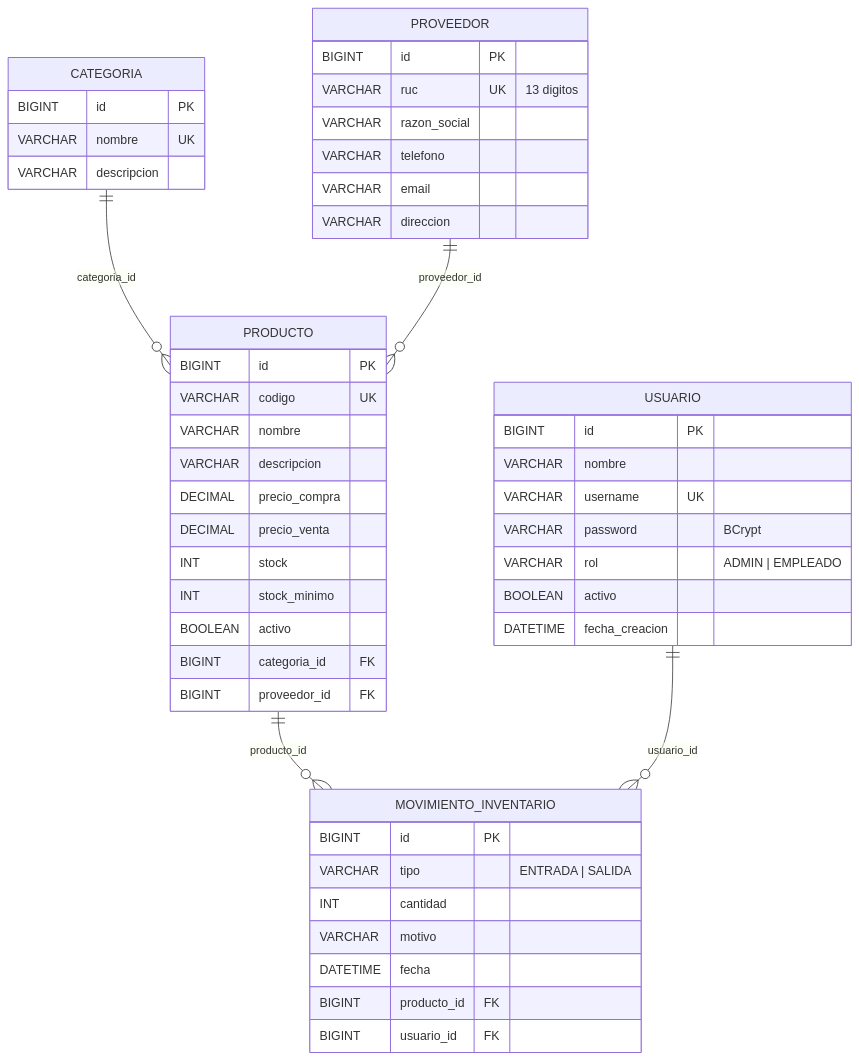
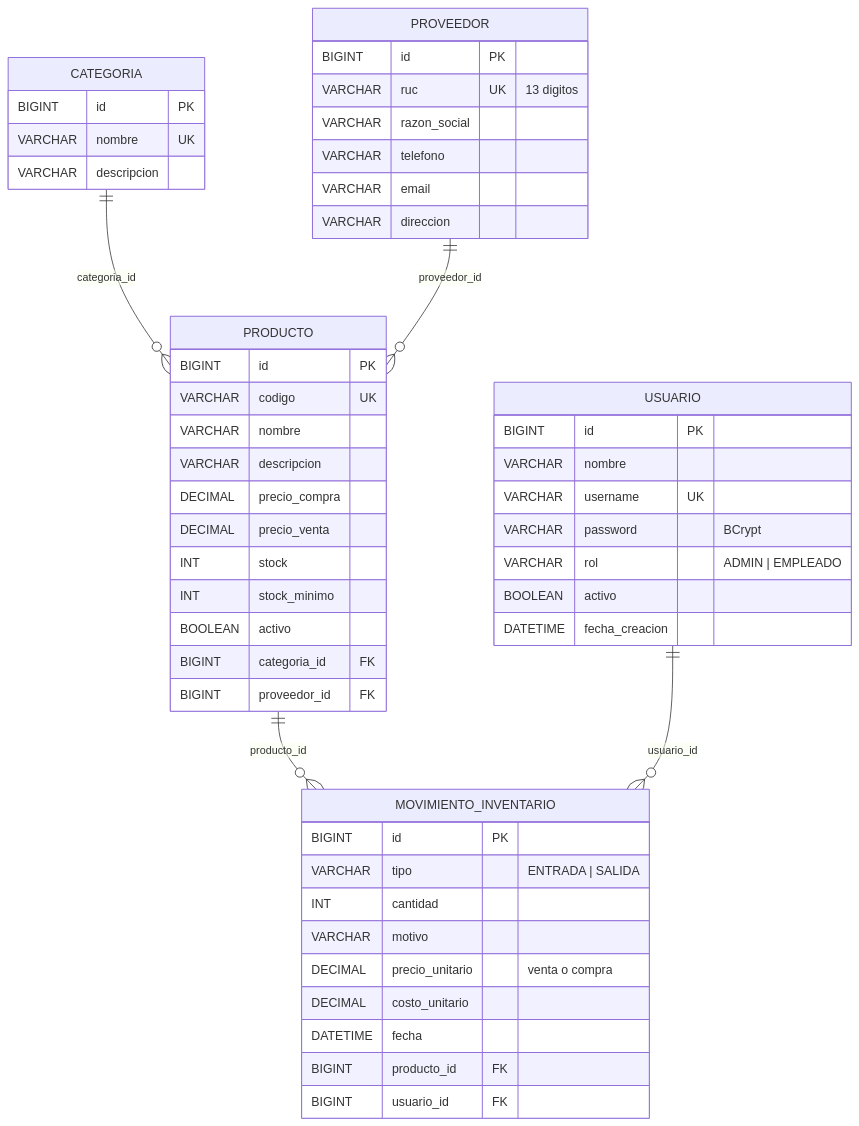
One commit to LFPINOSC/examenInterciclo changed the second of 2 diagrams in README.md. Above: the diagram before and after it, drawn with Mermaid. The commit also changed other lines of this file and 68 other files, not shown here.

````diff
--- a/README.md
+++ b/README.md
@@ -82,51 +85,53 @@
 ```mermaid
 erDiagram
     USUARIO {
         BIGINT id PK
         VARCHAR nombre
         VARCHAR username UK
         VARCHAR password "BCrypt"
         VARCHAR rol "ADMIN | EMPLEADO"
         BOOLEAN activo
         DATETIME fecha_creacion
     }
     CATEGORIA {
         BIGINT id PK
         VARCHAR nombre UK
         VARCHAR descripcion
     }
     PROVEEDOR {
         BIGINT id PK
         VARCHAR ruc UK "13 digitos"
         VARCHAR razon_social
         VARCHAR telefono
         VARCHAR email
         VARCHAR direccion
     }
     PRODUCTO {
         BIGINT id PK
         VARCHAR codigo UK
         VARCHAR nombre
         VARCHAR descripcion
         DECIMAL precio_compra
         DECIMAL precio_venta
         INT stock
         INT stock_minimo
         BOOLEAN activo
         BIGINT categoria_id FK
         BIGINT proveedor_id FK
     }
     MOVIMIENTO_INVENTARIO {
         BIGINT id PK
         VARCHAR tipo "ENTRADA | SALIDA"
         INT cantidad
         VARCHAR motivo
+        DECIMAL precio_unitario "venta o compra"
+        DECIMAL costo_unitario
         DATETIME fecha
         BIGINT producto_id FK
         BIGINT usuario_id FK
     }
     CATEGORIA ||--o{ PRODUCTO : categoria_id
     PROVEEDOR ||--o{ PRODUCTO : proveedor_id
     PRODUCTO  ||--o{ MOVIMIENTO_INVENTARIO : producto_id
     USUARIO   ||--o{ MOVIMIENTO_INVENTARIO : usuario_id
 ```
````
